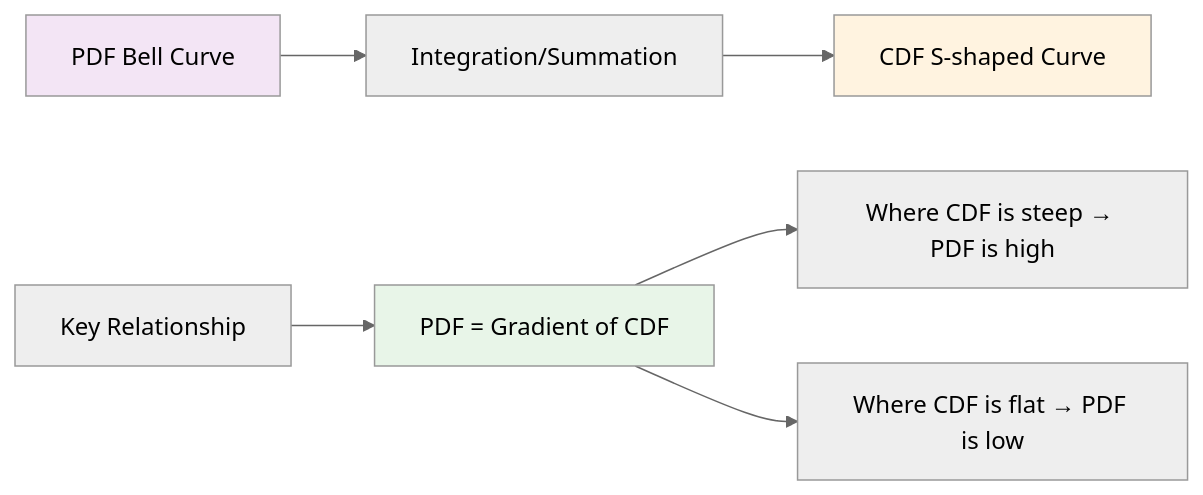
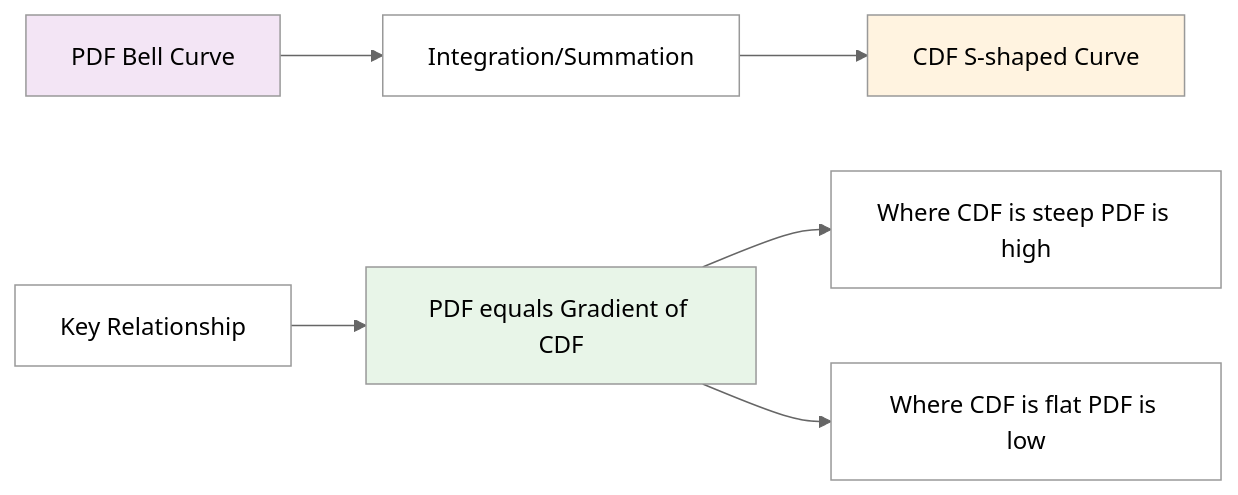
The fourth of 10 diagrams in Advanced_statistics.md (siddharthkumarrai/Statics), drawn with Mermaid (neutral theme) before and after one commit. The commit also changed other lines of this file, not shown here.

````diff
--- a/Advanced_statistics.md
+++ b/Advanced_statistics.md
@@ -95,13 +111,17 @@
 ```mermaid
 graph LR
     A[PDF Bell Curve] --> B[Integration/Summation]
     B --> C[CDF S-shaped Curve]
     
-    D[Key Relationship] --> E[PDF = Gradient of CDF]
-    E --> F[Where CDF is steep → PDF is high]
-    E --> G[Where CDF is flat → PDF is low]
+    D[Key Relationship] --> E[PDF equals Gradient of CDF]
+    E --> F[Where CDF is steep PDF is high]
+    E --> G[Where CDF is flat PDF is low]
     
-    style A fill:#f3e5f5
-    style C fill:#fff3e0
-    style E fill:#e8f5e8
+    style A fill:#f3e5f5,color:#000
+    style B fill:#fff,color:#000
+    style C fill:#fff3e0,color:#000
+    style D fill:#fff,color:#000
+    style E fill:#e8f5e8,color:#000
+    style F fill:#fff,color:#000
+    style G fill:#fff,color:#000
 ```
````
